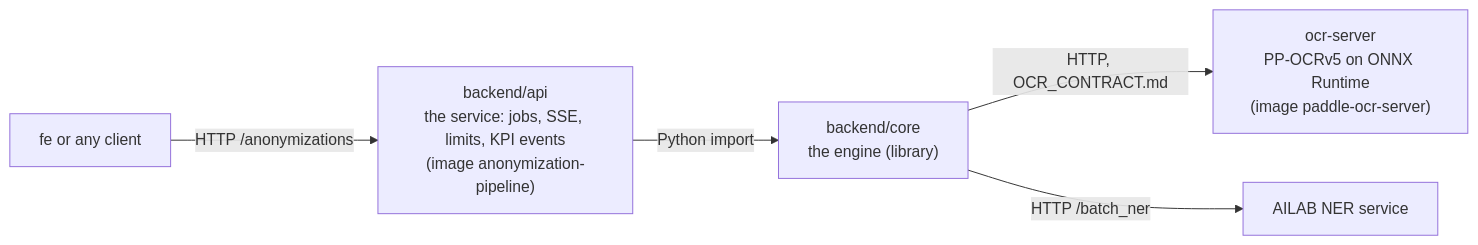
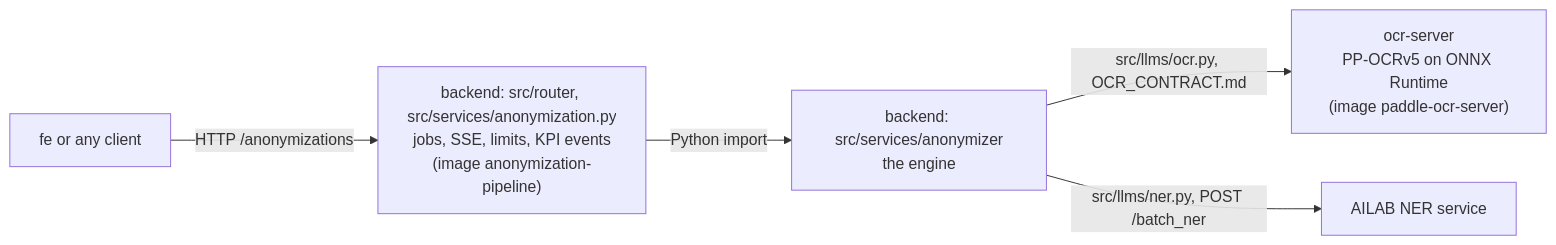
The second of 2 diagrams in README.md (BVTECH-AILAB/anonymization-pipeline), drawn with Mermaid before and after one commit. The commit also changed other lines of this file and 5 other files, not shown here.

````diff
--- a/README.md
+++ b/README.md
@@ -165,7 +168,7 @@
 ```mermaid
 flowchart LR
     CLIENT["fe or any client"] -- "HTTP /anonymizations" --> API
-    API["backend/api<br/>the service: jobs, SSE, limits, KPI events<br/>(image anonymization-pipeline)"] -- "Python import" --> CORE
-    CORE["backend/core<br/>the engine (library)"] -- "HTTP, OCR_CONTRACT.md" --> OCR["ocr-server<br/>PP-OCRv5 on ONNX Runtime<br/>(image paddle-ocr-server)"]
-    CORE -- "HTTP /batch_ner" --> NER["AILAB NER service"]
+    API["backend: src/router, src/services/anonymization.py<br/>jobs, SSE, limits, KPI events<br/>(image anonymization-pipeline)"] -- "Python import" --> CORE
+    CORE["backend: src/services/anonymizer<br/>the engine"] -- "src/llms/ocr.py, OCR_CONTRACT.md" --> OCR["ocr-server<br/>PP-OCRv5 on ONNX Runtime<br/>(image paddle-ocr-server)"]
+    CORE -- "src/llms/ner.py, POST /batch_ner" --> NER["AILAB NER service"]
 ```
````
